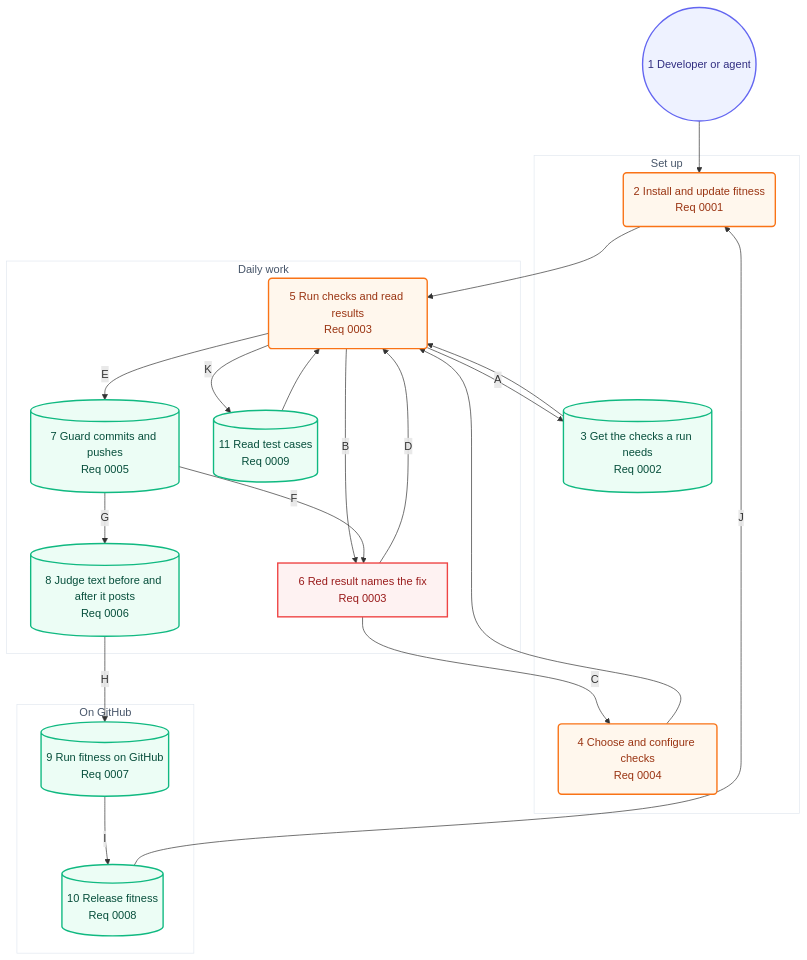
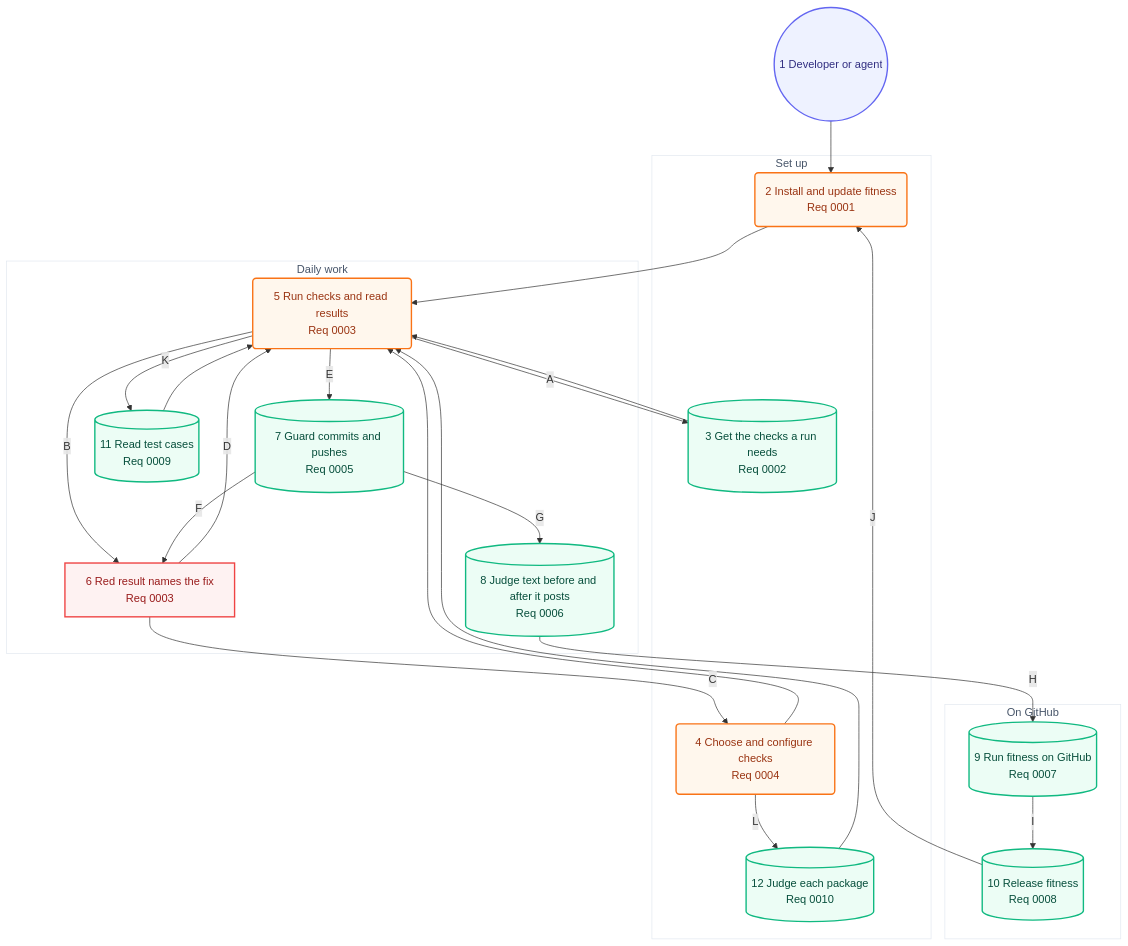
Before and after one commit to may-journal/fitness-runner: the second of 2 diagrams in docs/architecture/05-user-journey.md, drawn with Mermaid. The commit also changed other lines of this file and 12 other files, not shown here.

First line of the commit message:
feat(config): name a monorepo's package folders once in packages (#1104)

````diff
--- a/docs/architecture/05-user-journey.md
+++ b/docs/architecture/05-user-journey.md
@@ -38,50 +38,53 @@
 ```mermaid
 flowchart TB
     dev((1 Developer or agent)):::persona
 
     subgraph setup["Set up"]
         install(2 Install and update fitness<br/>Req 0001):::action
         checks[(3 Get the checks a run needs<br/>Req 0002)]:::system
         configure(4 Choose and configure checks<br/>Req 0004):::action
+        packages[(12 Judge each package<br/>Req 0010)]:::system
     end
 
     subgraph daily["Daily work"]
         run(5 Run checks and read results<br/>Req 0003):::action
         red[6 Red result names the fix<br/>Req 0003]:::blocked
         guard[(7 Guard commits and pushes<br/>Req 0005)]:::system
         judge[(8 Judge text before and after it posts<br/>Req 0006)]:::system
         cases[(11 Read test cases<br/>Req 0009)]:::system
     end
 
     subgraph github["On GitHub"]
         actions[(9 Run fitness on GitHub<br/>Req 0007)]:::system
         release[(10 Release fitness<br/>Req 0008)]:::system
     end
 
     dev --> install
     install --> run
     run -->|A| checks
     checks --> run
     run -->|B| red
     red -->|C| configure
     configure --> run
     red -->|D| run
     run -->|E| guard
     guard -->|F| red
     guard -->|G| judge
     judge -->|H| actions
     actions -->|I| release
     release -->|J| install
     run -->|K| cases
     cases --> run
+    configure -->|L| packages
+    packages --> run
 
     classDef persona fill:#eef2ff,stroke:#6366f1,color:#312e81,stroke-width:2px
     classDef screen fill:#f8fafc,stroke:#64748b,color:#1e293b,stroke-width:2px
     classDef action fill:#fff7ed,stroke:#f97316,color:#9a3412,stroke-width:2px
     classDef system fill:#ecfdf5,stroke:#10b981,color:#064e3b,stroke-width:2px
     classDef blocked fill:#fef2f2,stroke:#ef4444,color:#991b1b,stroke-width:2px
 
     style setup fill:#ffffff,stroke:#e2e8f0,color:#475569,stroke-width:1px
     style daily fill:#ffffff,stroke:#e2e8f0,color:#475569,stroke-width:1px
     style github fill:#ffffff,stroke:#e2e8f0,color:#475569,stroke-width:1px
 ```
````
